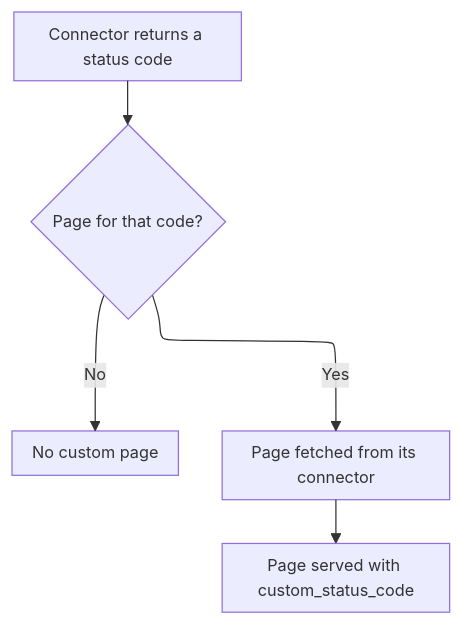
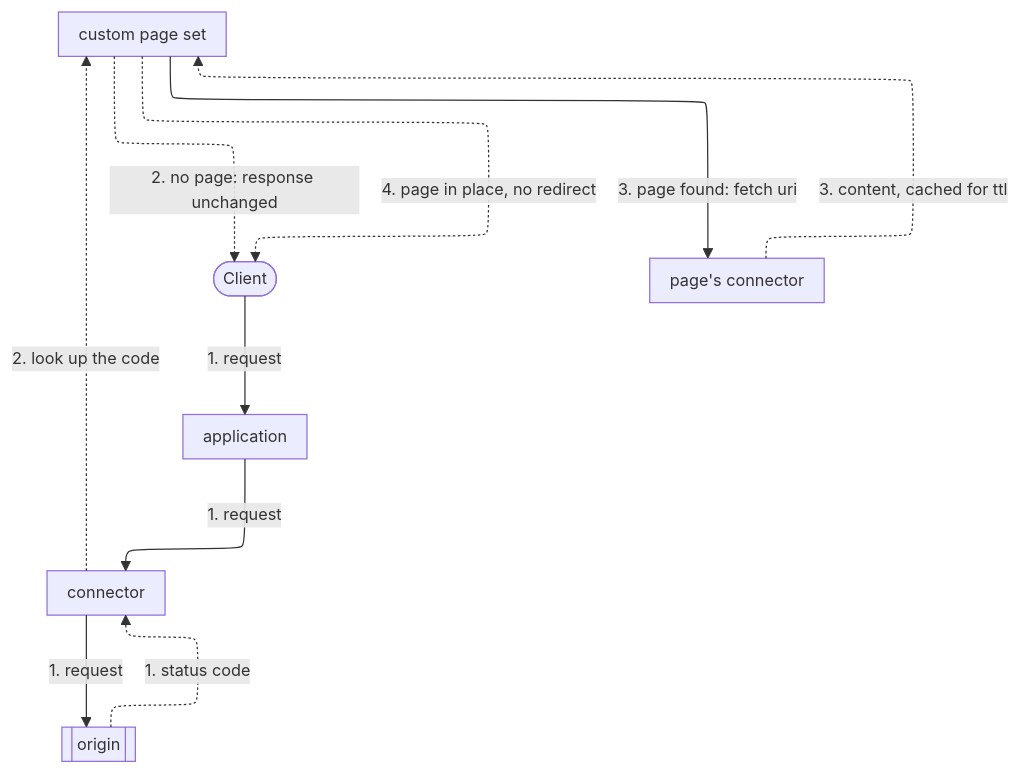
The fourth of 5 diagrams in apps/docs/src/content/docs/en/pages/secure/workloads/how-it-works.mdx (aziontech/docs), drawn with Mermaid before and after one commit. The commit also changed other lines of this file and 7 other files, not shown here.

````diff
--- a/apps/docs/src/content/docs/en/pages/secure/workloads/how-it-works.mdx
+++ b/apps/docs/src/content/docs/en/pages/secure/workloads/how-it-works.mdx
@@ -194,8 +238,19 @@
 ```mermaid
-%%{init: {"layout": "elk", "themeVariables": {"fontSize": "13px"}, "flowchart": {"nodeSpacing": 24, "rankSpacing": 36, "padding": 8, "wrappingWidth": 150, "useMaxWidth": true}, "sequence": {"width": 120, "actorMargin": 30, "useMaxWidth": true}}}%%
+%%{init: {"layout": "elk", "elk": {"preset": "modelOrder", "keepEntryNodeOnTop": true}, "themeVariables": {"fontSize": "13px"}, "flowchart": {"nodeSpacing": 24, "rankSpacing": 36, "padding": 8, "wrappingWidth": 150, "useMaxWidth": true}, "sequence": {"width": 120, "actorMargin": 30, "useMaxWidth": true}}}%%
 flowchart TD
-  Status["Connector returns a status code"] --> Match{"Page for that code?"}
-  Match -->|"No"| Orig["No custom page"]
-  Match -->|"Yes"| Fetch["Page fetched from its connector"]
-  Fetch --> Resp["Page served with custom_status_code"]
+  Client(["Client"])
+  App["application"]
+  Conn["connector"]
+  Origin[["origin"]]
+  Set["custom page set"]
+  PConn["page's connector"]
+  Client -->|"1. request"| App
+  App -->|"1. request"| Conn
+  Conn -->|"1. request"| Origin
+  Origin -.->|"1. status code"| Conn
+  Conn -.->|"2. look up the code"| Set
+  Set -.->|"2. no page: response unchanged"| Client
+  Set -->|"3. page found: fetch uri"| PConn
+  PConn -.->|"3. content, cached for ttl"| Set
+  Set -.->|"4. page in place, no redirect"| Client
 ```
````
